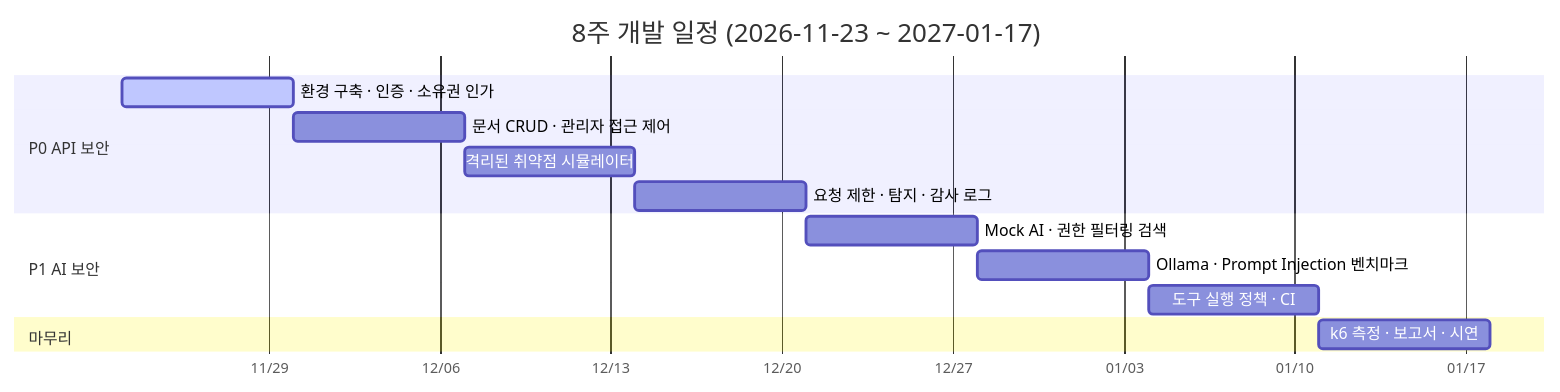
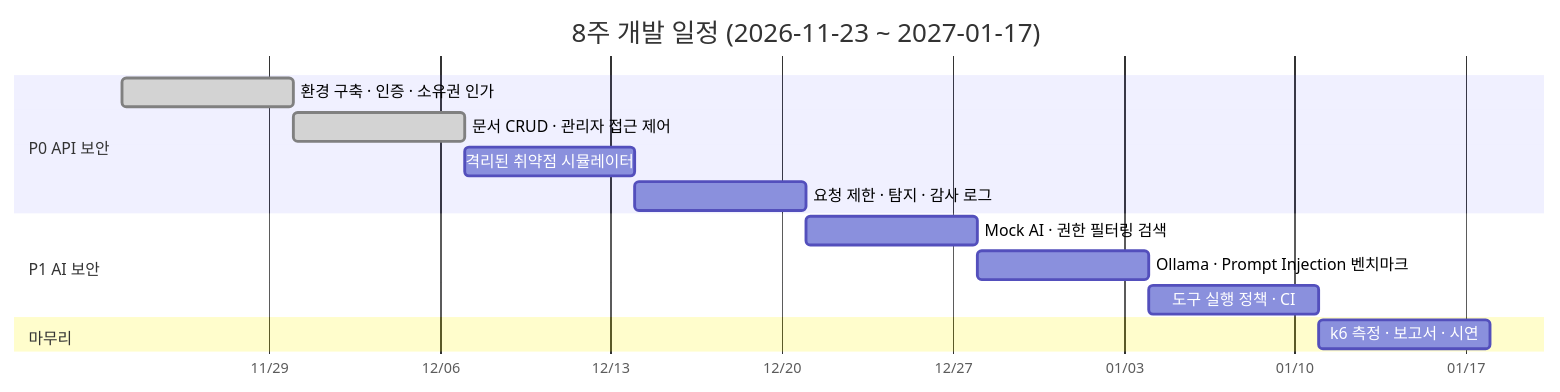
Before and after one commit to Ohhaeseo/securelab-ai: the second of 2 diagrams in README.md, drawn with Mermaid. The commit also changed other lines of this file and 30 other files, not shown here.

````diff
--- a/README.md
+++ b/README.md
@@ -178,17 +182,17 @@
 ```mermaid
 gantt
   title 8주 개발 일정 (2026-11-23 ~ 2027-01-17)
   dateFormat YYYY-MM-DD
   axisFormat %m/%d
   section P0 API 보안
-  환경 구축 · 인증 · 소유권 인가   :active, w1, 2026-11-23, 7d
-  문서 CRUD · 관리자 접근 제어     :w2, after w1, 7d
+  환경 구축 · 인증 · 소유권 인가   :done, w1, 2026-11-23, 7d
+  문서 CRUD · 관리자 접근 제어     :done, w2, after w1, 7d
   격리된 취약점 시뮬레이터          :w3, after w2, 7d
   요청 제한 · 탐지 · 감사 로그      :w4, after w3, 7d
   section P1 AI 보안
   Mock AI · 권한 필터링 검색       :w5, after w4, 7d
   Ollama · Prompt Injection 벤치마크 :w6, after w5, 7d
   도구 실행 정책 · CI              :w7, after w6, 7d
   section 마무리
   k6 측정 · 보고서 · 시연          :w8, after w7, 7d
 ```
````
